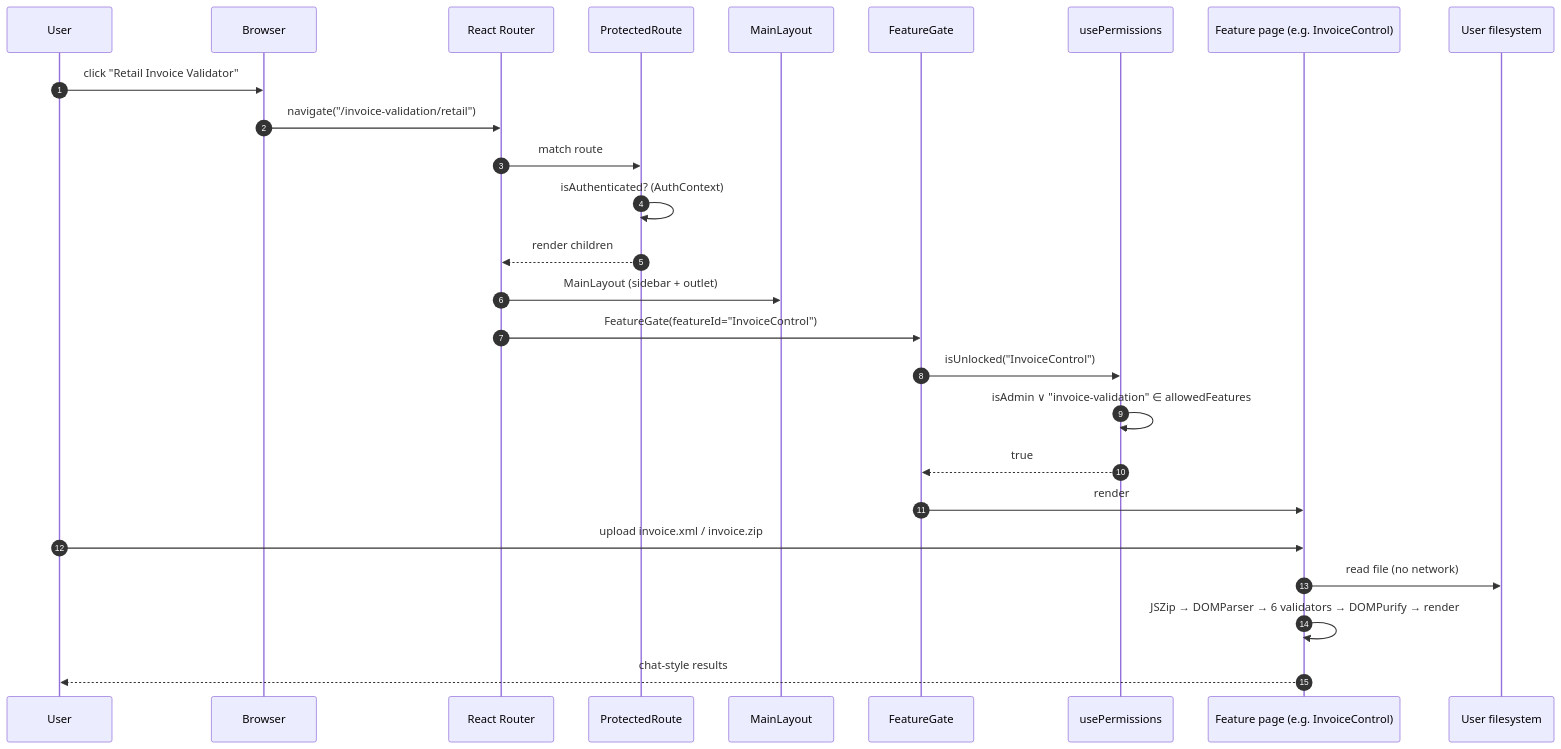
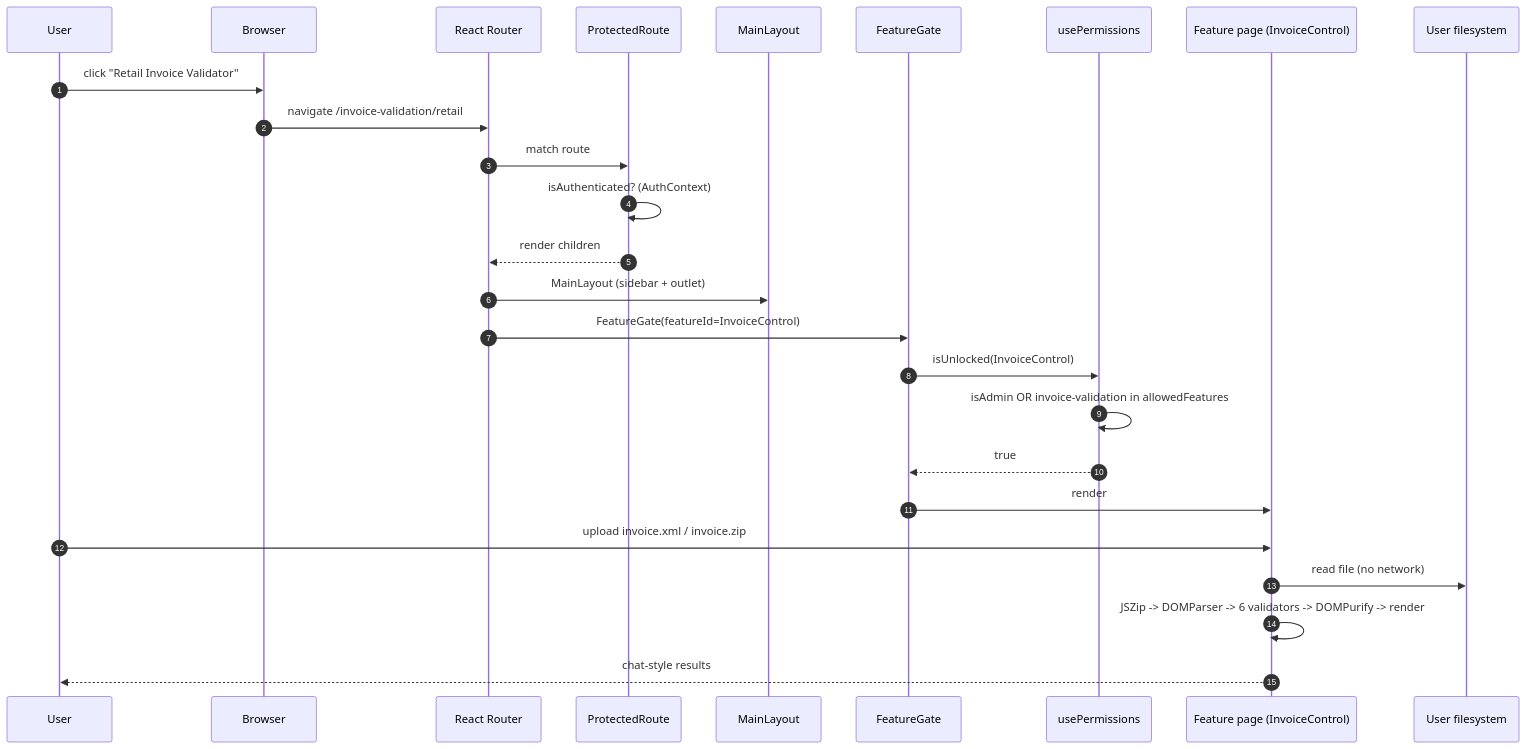
The fourth of 6 diagrams in docs/07-architecture-and-journey.md (QuarksG/heimdall), drawn with Mermaid before and after one commit. The commit also changed other lines of this file, not shown here.

Commit message:
Fix formatting and consistency in architecture doc

````diff
--- a/docs/07-architecture-and-journey.md
+++ b/docs/07-architecture-and-journey.md
@@ -345,29 +345,29 @@
 ```mermaid
 sequenceDiagram
     autonumber
     participant U as User
     participant Browser as Browser
     participant Router as React Router
     participant PR as ProtectedRoute
     participant ML as MainLayout
     participant FG as FeatureGate
     participant Perm as usePermissions
-    participant Feat as Feature page (e.g. InvoiceControl)
+    participant Feat as Feature page (InvoiceControl)
     participant FS as User filesystem
 
     U->>Browser: click "Retail Invoice Validator"
-    Browser->>Router: navigate("/invoice-validation/retail")
+    Browser->>Router: navigate /invoice-validation/retail
     Router->>PR: match route
     PR->>PR: isAuthenticated? (AuthContext)
     PR-->>Router: render children
     Router->>ML: MainLayout (sidebar + outlet)
-    Router->>FG: FeatureGate(featureId="InvoiceControl")
-    FG->>Perm: isUnlocked("InvoiceControl")
-    Perm->>Perm: isAdmin ∨ "invoice-validation" ∈ allowedFeatures
+    Router->>FG: FeatureGate(featureId=InvoiceControl)
+    FG->>Perm: isUnlocked(InvoiceControl)
+    Perm->>Perm: isAdmin OR invoice-validation in allowedFeatures
     Perm-->>FG: true
     FG->>Feat: render
     U->>Feat: upload invoice.xml / invoice.zip
     Feat->>FS: read file (no network)
-    Feat->>Feat: JSZip → DOMParser → 6 validators → DOMPurify → render
+    Feat->>Feat: JSZip -> DOMParser -> 6 validators -> DOMPurify -> render
     Feat-->>U: chat-style results
 ```
````
